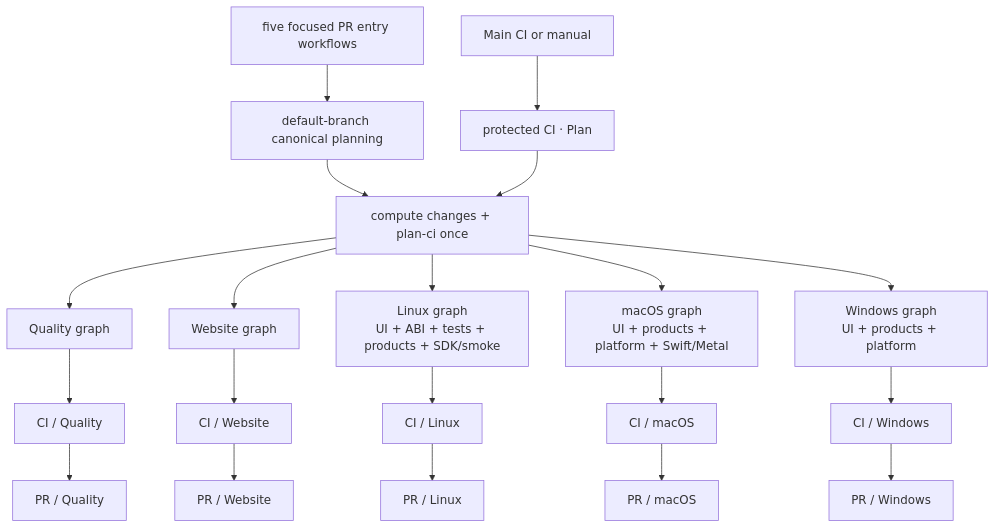
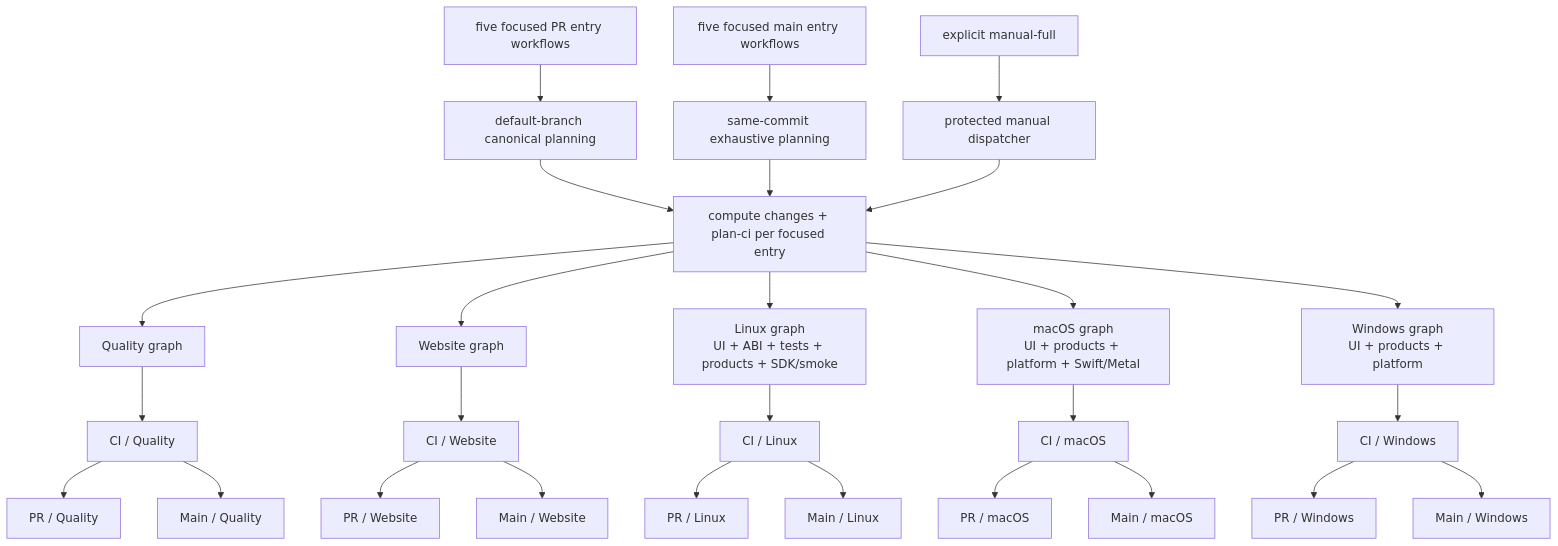
Before and after one commit to Mesh-LLM/mesh-llm: the diagram in ci/ci.md, drawn with Mermaid. The commit also changed other lines of this file and 26 other files, not shown here.

Commit message:
refactor(ci): expose focused main workflows

````diff
--- a/ci/ci.md
+++ b/ci/ci.md
@@ -61,22 +84,29 @@
 ```mermaid
 flowchart TD
     PR["five focused PR entry workflows"] --> PRPLAN["default-branch canonical planning"]
-    MAIN["Main CI or manual"] --> CONTROL["protected CI · Plan"]
-    PRPLAN --> PLAN["compute changes + plan-ci once"]
+    MAIN["five focused main entry workflows"] --> MAINPLAN["same-commit exhaustive planning"]
+    MANUAL["explicit manual-full"] --> CONTROL["protected manual dispatcher"]
+    PRPLAN --> PLAN["compute changes + plan-ci per focused entry"]
+    MAINPLAN --> PLAN
     CONTROL --> PLAN
     PLAN --> QUALITY["Quality graph"]
     PLAN --> WEB["Website graph"]
     PLAN --> LINUX["Linux graph\nUI + ABI + tests + products + SDK/smoke"]
     PLAN --> MAC["macOS graph\nUI + products + platform + Swift/Metal"]
     PLAN --> WIN["Windows graph\nUI + products + platform"]
     QUALITY --> QC["CI / Quality"]
     WEB --> WC["CI / Website"]
     LINUX --> LC["CI / Linux"]
     MAC --> MC["CI / macOS"]
     WIN --> XC["CI / Windows"]
     QC --> GATE["PR / Quality"]
     WC --> WEBGATE["PR / Website"]
     LC --> LINUXGATE["PR / Linux"]
     MC --> MACGATE["PR / macOS"]
     XC --> WINGATE["PR / Windows"]
+    QC --> MQ["Main / Quality"]
+    WC --> MW["Main / Website"]
+    LC --> ML["Main / Linux"]
+    MC --> MM["Main / macOS"]
+    XC --> MX["Main / Windows"]
 ```
````
